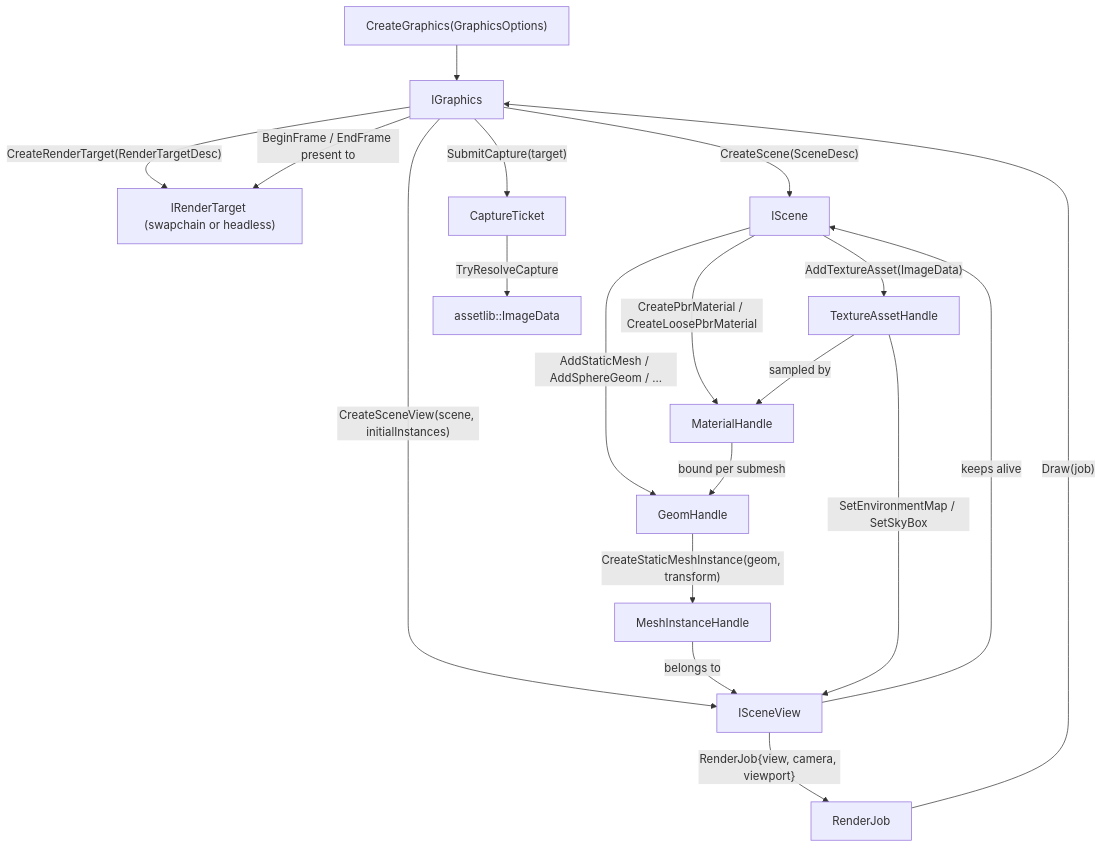
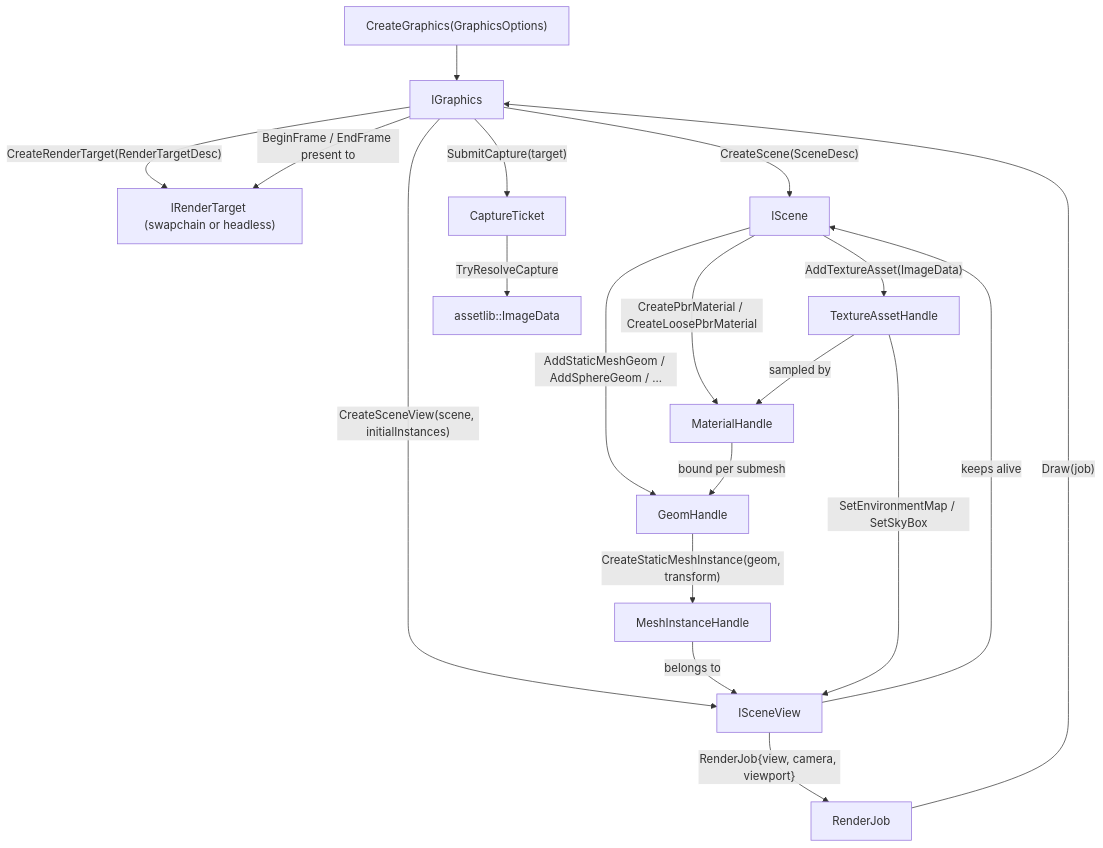
The diagram in docs/bgl_api.md (alexjiang200407/bernini), drawn with Mermaid before and after one commit. The commit also changed other lines of this file and 18 other files, not shown here.

````diff
--- a/docs/bgl_api.md
+++ b/docs/bgl_api.md
@@ -142,25 +142,25 @@
 ```mermaid
 flowchart TD
     CG["CreateGraphics(GraphicsOptions)"] --> IG[IGraphics]
 
     IG -- "CreateRenderTarget(RenderTargetDesc)" --> RT["IRenderTarget (swapchain or headless)"]
     IG -- "CreateScene(SceneDesc)" --> SC[IScene]
     IG -- "CreateSceneView(scene, initialInstances)" --> SV[ISceneView]
 
     SV -- "keeps alive" --> SC
-    SC -- "AddStaticMesh / AddSphereGeom / ..." --> GH[GeomHandle]
+    SC -- "AddStaticMeshGeom / AddSphereGeom / ..." --> GH[GeomHandle]
     SC -- "CreatePbrMaterial / CreateLoosePbrMaterial" --> MH[MaterialHandle]
     SC -- "AddTextureAsset(ImageData)" --> TH[TextureAssetHandle]
 
     GH -- "CreateStaticMeshInstance(geom, transform)" --> MI[MeshInstanceHandle]
     MI -- "belongs to" --> SV
     MH -- "bound per submesh" --> GH
     TH -- "sampled by" --> MH
     TH -- "SetEnvironmentMap / SetSkyBox" --> SV
 
     SV -- "RenderJob{view, camera, viewport}" --> RJ[RenderJob]
     RJ -- "Draw(job)" --> IG
     IG -- "BeginFrame / EndFrame present to" --> RT
     IG -- "SubmitCapture(target)" --> CT[CaptureTicket]
     CT -- "TryResolveCapture" --> IMG["assetlib::ImageData"]
 ```
````
